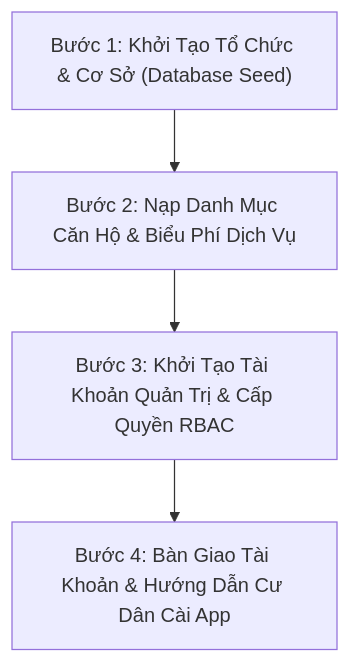
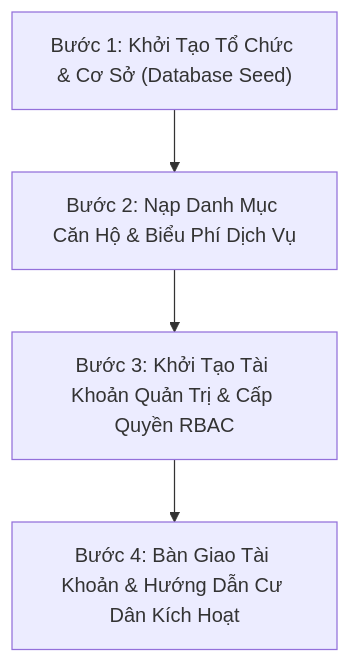
Before and after one commit to PVM-05/PKA-Home: the diagram in docs/BAN_GIAO_VAN_HANH.md, drawn with Mermaid. The commit also changed other lines of this file and 1 other file, not shown here.

Commit message:
docs(uat): bo sung ma tran nghiem thu uat thuc te 8 module vao ho so ban giao

````diff
--- a/docs/BAN_GIAO_VAN_HANH.md
+++ b/docs/BAN_GIAO_VAN_HANH.md
@@ -19,11 +11,6 @@
 ```mermaid
-
 graph TD
-
     Step1["Bước 1: Khởi Tạo Tổ Chức & Cơ Sở (Database Seed)"] --> Step2["Bước 2: Nạp Danh Mục Căn Hộ & Biểu Phí Dịch Vụ"]
-
     Step2 --> Step3["Bước 3: Khởi Tạo Tài Khoản Quản Trị & Cấp Quyền RBAC"]
-
-    Step3 --> Step4["Bước 4: Bàn Giao Tài Khoản & Hướng Dẫn Cư Dân Cài App"]
-
+    Step3 --> Step4["Bước 4: Bàn Giao Tài Khoản & Hướng Dẫn Cư Dân Kích Hoạt"]
 ```
````
